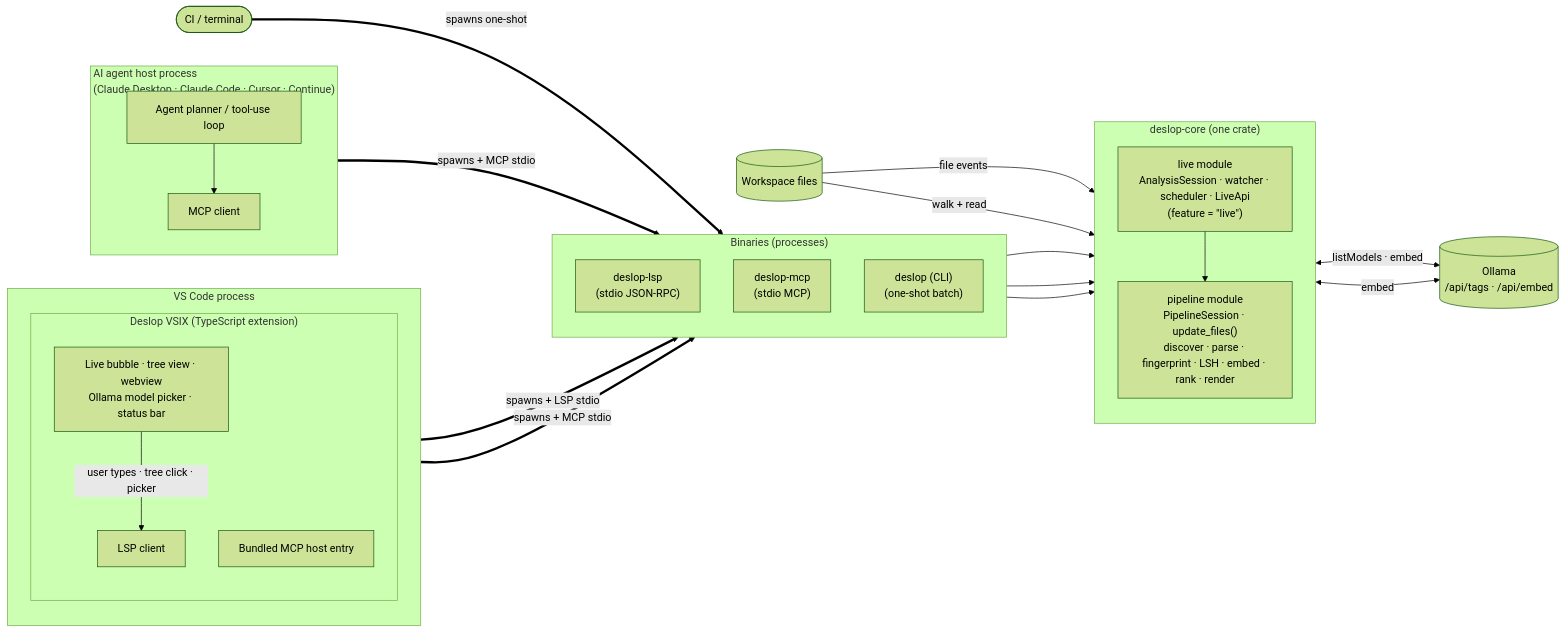
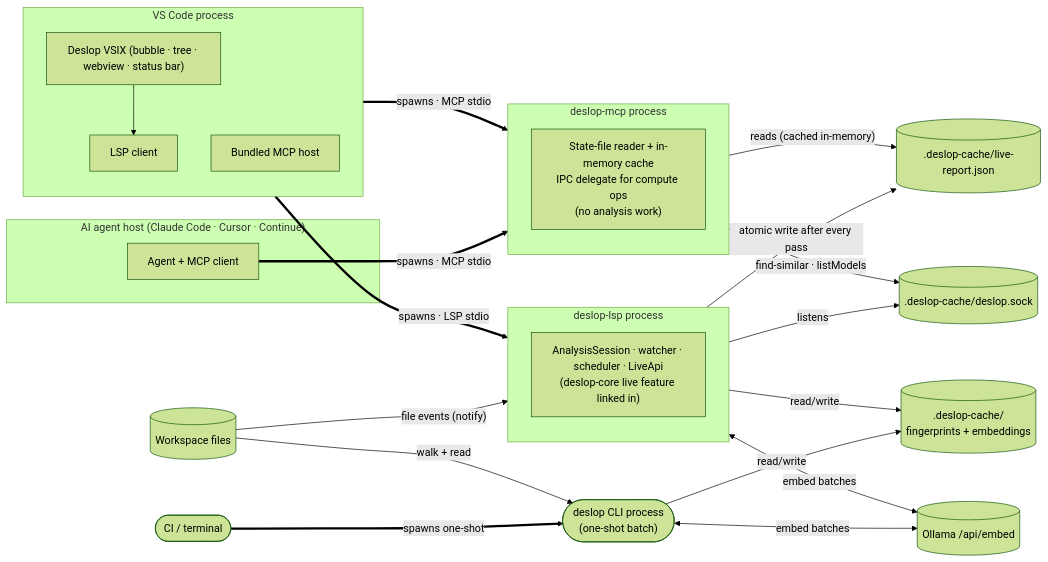
The diagram in docs/specs/live.md (Nimblesite/Deslop), drawn with Mermaid (forest theme) before and after one commit. The commit also changed other lines of this file and 4 other files, not shown here.

Commit message:
Fix architecture in docs

````diff
--- a/docs/specs/live.md
+++ b/docs/specs/live.md
@@ -20,55 +17,51 @@
 ```mermaid
 flowchart LR
     CI(["CI / terminal"])
 
     subgraph VSCode["VS Code process"]
         direction TB
-        subgraph VSIX["Deslop VSIX (TypeScript extension)"]
-            direction TB
-            UI["Live bubble · tree view · webview<br/>Ollama model picker · status bar"]
-            LspClient["LSP client"]
-            McpHost["Bundled MCP host entry"]
-        end
+        UI["Deslop VSIX (bubble · tree · webview · status bar)"]
+        LspClient["LSP client"]
+        McpHost["Bundled MCP host"]
+        UI --> LspClient
     end
 
-    subgraph AgentHost["AI agent host process<br/>(Claude Desktop · Claude Code · Cursor · Continue)"]
-        direction TB
-        AgentLoop["Agent planner / tool-use loop"]
-        McpClient["MCP client"]
-        AgentLoop --> McpClient
+    subgraph AgentHost["AI agent host (Claude Code · Cursor · Continue)"]
+        Agent["Agent + MCP client"]
     end
 
-    subgraph Binaries["Binaries (processes)"]
-        direction TB
-        LspBin["deslop-lsp<br/>(stdio JSON-RPC)"]
-        McpBin["deslop-mcp<br/>(stdio MCP)"]
-        CliBin["deslop (CLI)<br/>(one-shot batch)"]
+    subgraph LspProc["deslop-lsp process"]
+        LspInner["AnalysisSession · watcher · scheduler · LiveApi\n(deslop-core live feature linked in)"]
     end
 
-    subgraph CoreCrate["deslop-core (one crate)"]
-        direction TB
-        Live["live module<br/>AnalysisSession · watcher · scheduler · LiveApi<br/>(feature = &quot;live&quot;)"]
-        Pipeline["pipeline module<br/>PipelineSession · update_files()<br/>discover · parse · fingerprint · LSH · embed · rank · render"]
-        Live --> Pipeline
+    subgraph McpProc["deslop-mcp process"]
+        McpInner["State-file reader + in-memory cache\nIPC delegate for compute ops\n(no analysis work)"]
     end
 
+    CliProc(["deslop CLI process\n(one-shot batch)"])
+
+    StateFile[(".deslop-cache/live-report.json")]
+    IpcSocket[(".deslop-cache/deslop.sock")]
+    DiskCache[(".deslop-cache/\nfingerprints + embeddings")]
     Workspace[(Workspace files)]
-    Ollama[(Ollama<br/>/api/tags · /api/embed)]
+    Ollama[(Ollama /api/embed)]
 
-    UI -- "user types · tree click · picker" --> LspClient
-    LspClient == "spawns + LSP stdio" ==> LspBin
-    McpHost == "spawns + MCP stdio" ==> McpBin
+    LspClient == "spawns · LSP stdio" ==> LspProc
+    McpHost == "spawns · MCP stdio" ==> McpProc
+    Agent == "spawns · MCP stdio" ==> McpProc
+    CI == "spawns one-shot" ==> CliProc
 
-    McpClient == "spawns + MCP stdio" ==> McpBin
-    CI == "spawns one-shot" ==> CliBin
+    Workspace -- "file events (notify)" --> LspProc
+    Workspace -- "walk + read" --> CliProc
 
-    LspBin --> Live
-    McpBin --> Live
-    CliBin --> Pipeline
+    LspProc -- "atomic write after every pass" --> StateFile
+    LspProc -- "read/write" --> DiskCache
+    LspProc -- "listens" --> IpcSocket
+    LspProc <-- "embed batches" --> Ollama
 
-    Workspace -- "file events" --> Live
-    Workspace -- "walk + read" --> Pipeline
+    McpProc -- "reads (cached in-memory)" --> StateFile
+    McpProc -- "find-similar · listModels" --> IpcSocket
 
-    Live <-- "listModels · embed" --> Ollama
-    Pipeline <-- "embed" --> Ollama
+    CliProc -- "read/write" --> DiskCache
+    CliProc <-- "embed batches" --> Ollama
 ```
````
